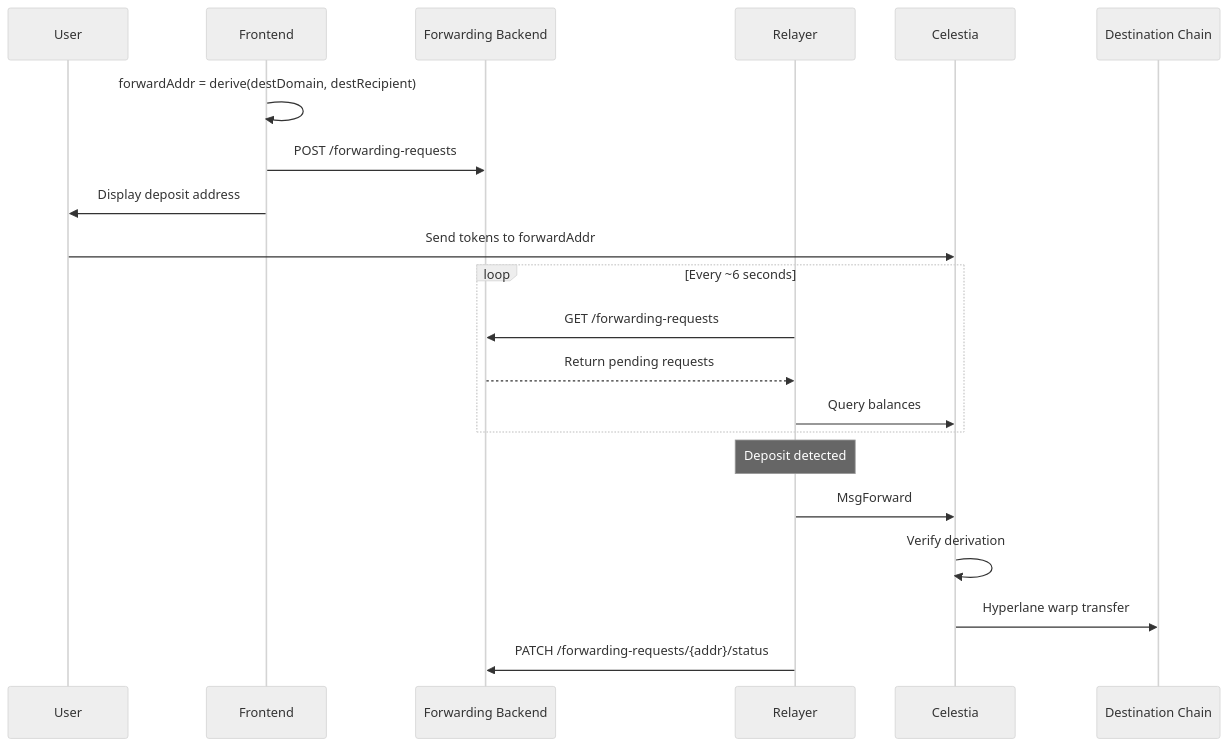
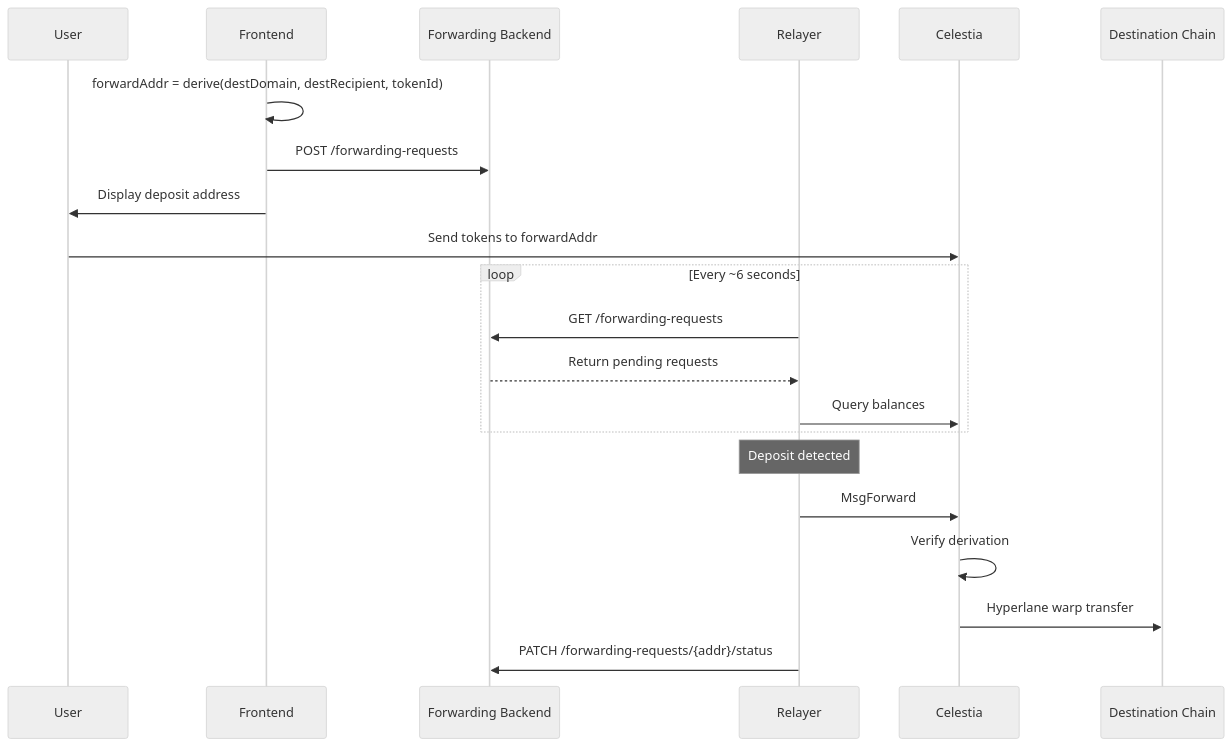
One commit to celestiaorg/forwarding-relayer changed the diagram in RELAYER.md. Above: the diagram before and after it, drawn with Mermaid (neutral theme). The commit also changed other lines of this file and 3 other files, not shown here.

````diff
--- a/RELAYER.md
+++ b/RELAYER.md
@@ -26,26 +26,26 @@
 ```mermaid
 sequenceDiagram
     participant User
     participant Frontend
     participant Backend as Forwarding Backend
     participant Relayer
     participant Celestia
     participant Dest as Destination Chain
 
-    Frontend->>Frontend: forwardAddr = derive(destDomain, destRecipient)
+    Frontend->>Frontend: forwardAddr = derive(destDomain, destRecipient, tokenId)
     Frontend->>Backend: POST /forwarding-requests
     Frontend->>User: Display deposit address
     User->>Celestia: Send tokens to forwardAddr
 
     loop Every ~6 seconds
         Relayer->>Backend: GET /forwarding-requests
         Backend-->>Relayer: Return pending requests
         Relayer->>Celestia: Query balances
     end
 
     Note over Relayer: Deposit detected
     Relayer->>Celestia: MsgForward
     Celestia->>Celestia: Verify derivation
     Celestia->>Dest: Hyperlane warp transfer
     Relayer->>Backend: PATCH /forwarding-requests/{addr}/status
 ```
````
